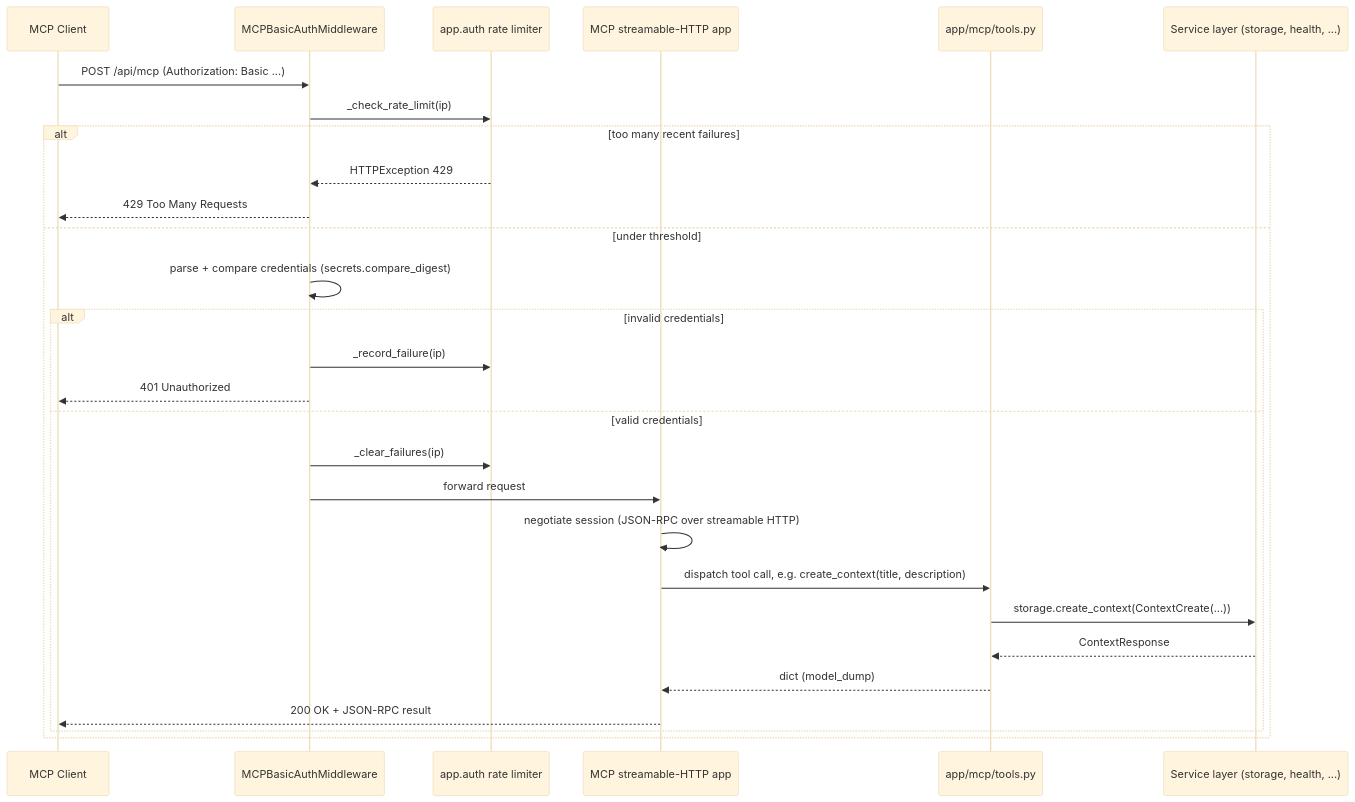
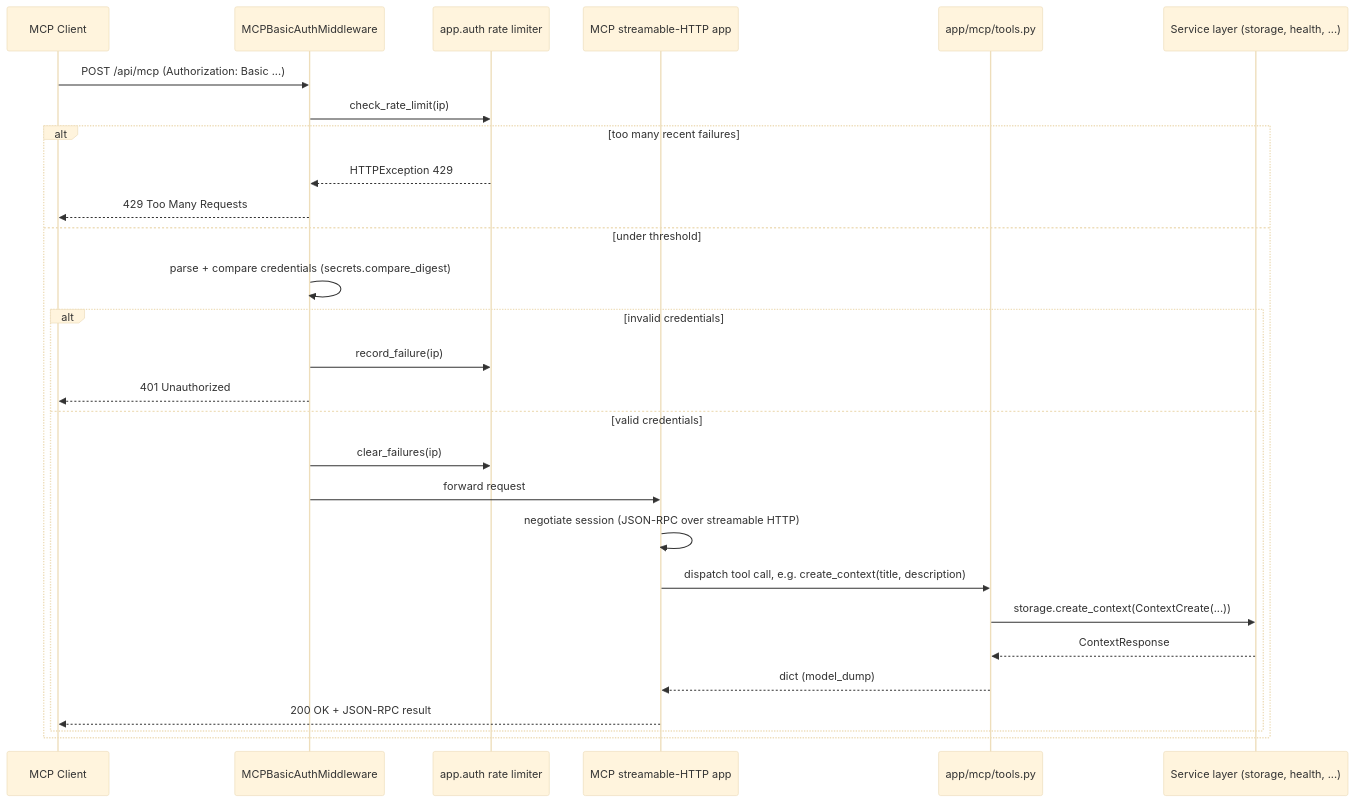
One commit to lorenzogirardi/flask-test-api changed the second of 2 diagrams in docs/11-mcp-server.md. Above: the diagram before and after it, drawn with Mermaid (base theme). The commit also changed other lines of this file and 1 other file, not shown here.

````diff
--- a/docs/11-mcp-server.md
+++ b/docs/11-mcp-server.md
@@ -95,31 +180,31 @@
 ```mermaid
 sequenceDiagram
     participant Client as MCP Client
     participant MW as MCPBasicAuthMiddleware
     participant RL as app.auth rate limiter
     participant MCP as MCP streamable-HTTP app
     participant Tool as app/mcp/tools.py
     participant Svc as Service layer (storage, health, ...)
 
     Client->>MW: POST /api/mcp (Authorization: Basic ...)
-    MW->>RL: _check_rate_limit(ip)
+    MW->>RL: check_rate_limit(ip)
     alt too many recent failures
         RL-->>MW: HTTPException 429
         MW-->>Client: 429 Too Many Requests
     else under threshold
         MW->>MW: parse + compare credentials (secrets.compare_digest)
         alt invalid credentials
-            MW->>RL: _record_failure(ip)
+            MW->>RL: record_failure(ip)
             MW-->>Client: 401 Unauthorized
         else valid credentials
-            MW->>RL: _clear_failures(ip)
+            MW->>RL: clear_failures(ip)
             MW->>MCP: forward request
             MCP->>MCP: negotiate session (JSON-RPC over streamable HTTP)
             MCP->>Tool: dispatch tool call, e.g. create_context(title, description)
             Tool->>Svc: storage.create_context(ContextCreate(...))
             Svc-->>Tool: ContextResponse
             Tool-->>MCP: dict (model_dump)
             MCP-->>Client: 200 OK + JSON-RPC result
         end
     end
 ```
````
